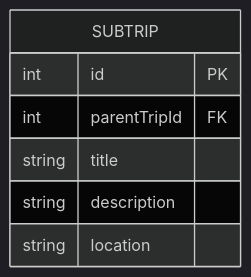
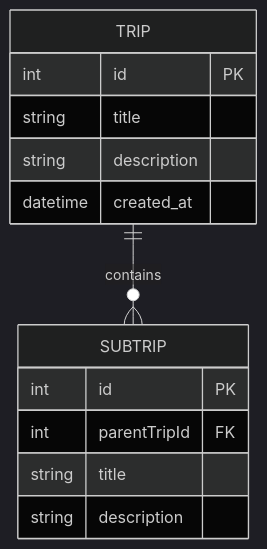
Before and after one commit to GEI3-Udl-2025/Travel_World: the third of 7 diagrams in documentation/design.md, drawn with Mermaid (dark theme). The commit also changed other lines of this file, not shown here.

````diff
--- a/documentation/design.md
+++ b/documentation/design.md
@@ -71,10 +78,18 @@
 ```mermaid
 erDiagram
+    TRIP ||--o{ SUBTRIP : contains
+    
+    TRIP {
+        int id PK
+        string title
+        string description
+        datetime created_at
+    }
+    
     SUBTRIP {
         int id PK
         int parentTripId FK
         string title
         string description
-        string location
     }
 ```
````
